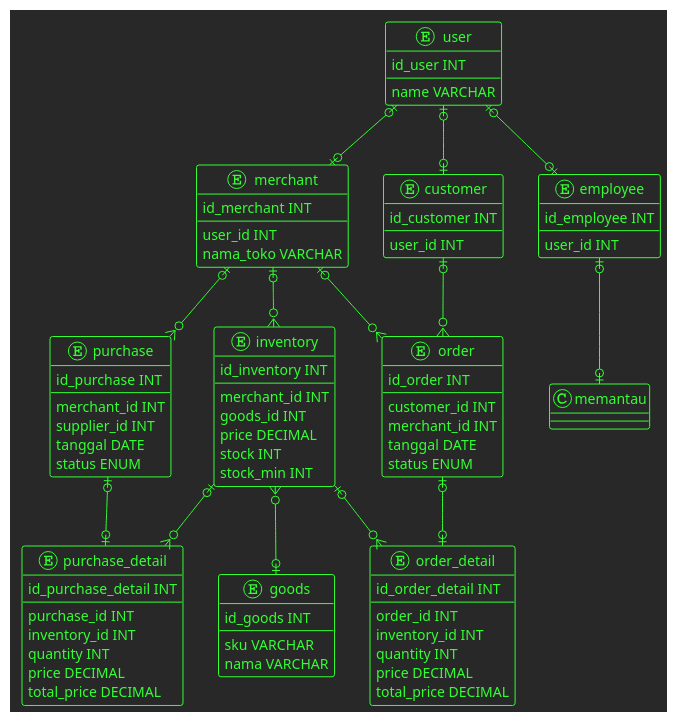
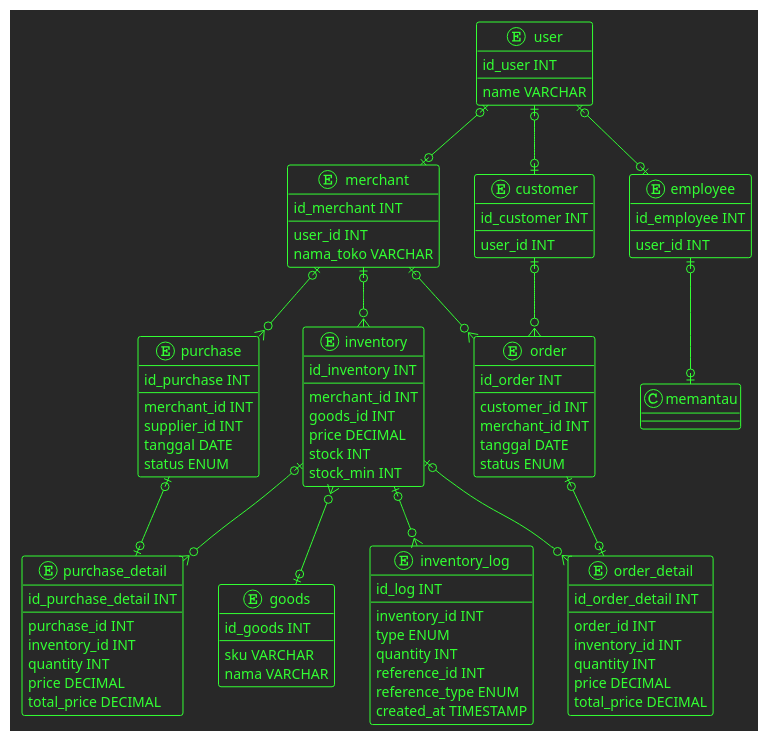
The diagram in abucom_erd.puml (kaattuu/abucom_erd), drawn with PlantUML before and after one commit. The commit also changed 2 other files, not shown here.

```diff
--- a/abucom_erd.puml
+++ b/abucom_erd.puml
@@ -1,111 +1,121 @@
 @startuml
 !theme crt-green
 ' !theme crt-amber
 
 entity user {
     id_user INT
     --
     name VARCHAR
 }
 
 entity merchant {
     id_merchant INT
     --
     user_id INT
     nama_toko VARCHAR
 }
 
 entity customer {
     id_customer INT
     --
     user_id INT
 }
 
 entity employee {
     id_employee INT
     --
     user_id INT
 }
 
 entity purchase {
     id_purchase INT
     --
     merchant_id INT
     supplier_id INT
     tanggal DATE
     status ENUM
 }
 
 entity purchase_detail {
     id_purchase_detail INT
     --
     purchase_id INT
     inventory_id INT
     quantity INT
     price DECIMAL
     total_price DECIMAL
 }
 
 entity inventory {
     id_inventory INT
     --
     merchant_id INT
     goods_id INT
     price DECIMAL
     stock INT
     stock_min INT
 }
 
 entity order {
     id_order INT
     --
     customer_id INT
     merchant_id INT
     tanggal DATE
     status ENUM
 }
 
 entity order_detail {
     id_order_detail INT
     --
     order_id INT
     inventory_id INT
     quantity INT
     price DECIMAL
     total_price DECIMAL
 }
 
 entity goods {
     id_goods INT
     --
     sku VARCHAR
     nama VARCHAR
 }
 
-
+entity inventory_log {
+    id_log INT
+    --
+    inventory_id INT
+    type ENUM
+    quantity INT
+    reference_id INT
+    reference_type ENUM
+    created_at TIMESTAMP
+}
 
 
 user |o--o| merchant
 user |o--o| customer
 user |o--o| employee
 
 merchant |o--o{ purchase
 merchant |o--o{ inventory
 merchant |o--o{ order
 
 customer |o--o{ order
 
 employee |o--o| memantau
 
 purchase |o--o| purchase_detail
 
 inventory |o--o{ purchase_detail
 inventory |o--o{ order_detail
+inventory |o--o{ inventory_log
 inventory }o--o| goods
 
 order |o--o| order_detail
 
 
 
 
 @enduml
```
